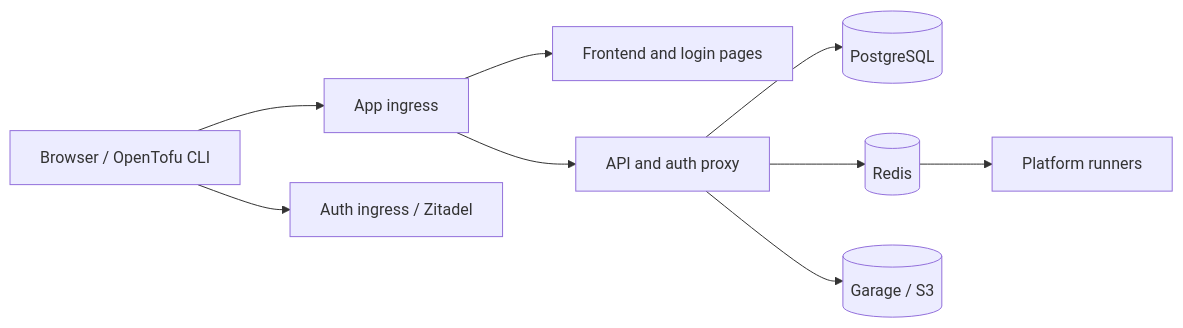
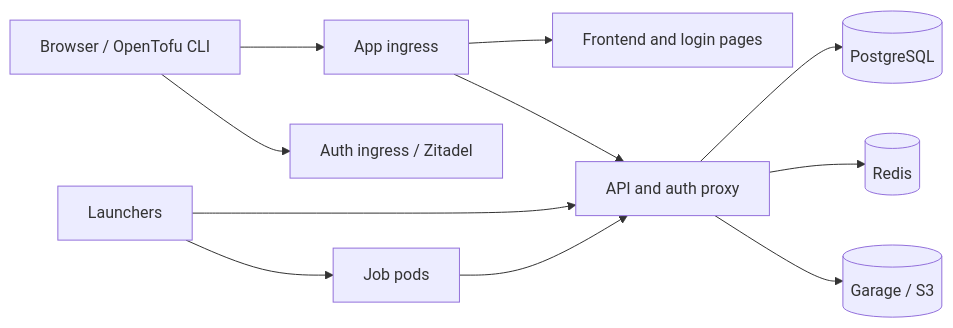
One commit to vhco-pro/stackweaver-frontend changed the diagram in docs/get-started/self-hosting/kubernetes/README.md. Above: the diagram before and after it, drawn with Mermaid. The commit also changed other lines of this file and 118 other files, not shown here.

Commit message:
Merge pull request #1002: launchers, drivers and executors for every run, job and sync (#304)

````diff
--- a/docs/get-started/self-hosting/kubernetes/README.md
+++ b/docs/get-started/self-hosting/kubernetes/README.md
@@ -57,11 +60,13 @@
 ```mermaid
 flowchart LR
     C["Browser / OpenTofu CLI"] --> I["App ingress"]
     I --> F["Frontend and login pages"]
     I --> A["API and auth proxy"]
     C --> Z["Auth ingress / Zitadel"]
     A --> P[("PostgreSQL")]
     A --> R[("Redis")]
     A --> G[("Garage / S3")]
-    R --> W["Platform runners"]
+    L["Launchers"] --> A
+    L --> J["Job pods"]
+    J --> A
 ```
````
